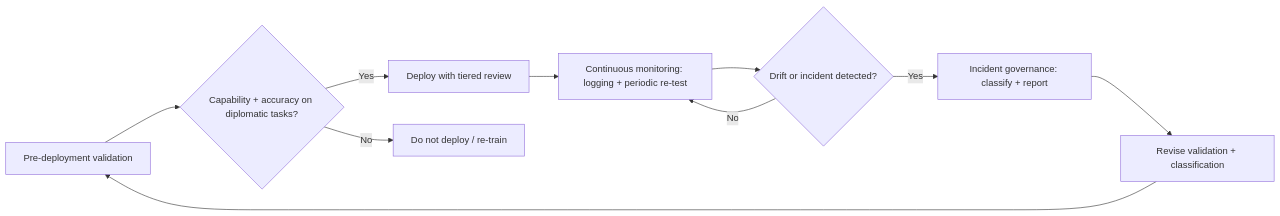
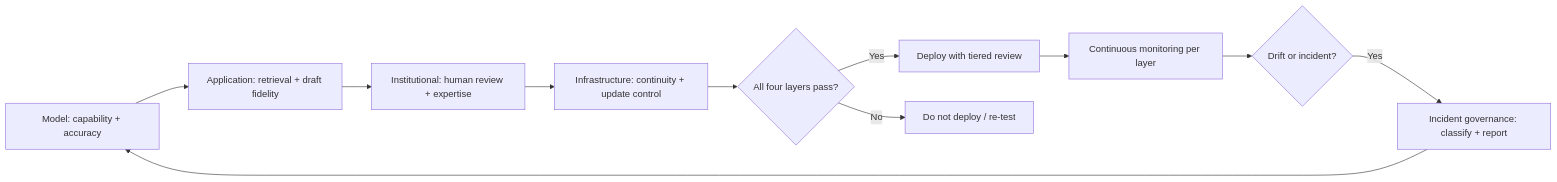
Before and after one commit to Sinar/BankBench: the third of 7 diagrams in public/outreach/idfr-diplomacy/chapter5-draft-v1.md, drawn with Mermaid. The commit also changed other lines of this file and 3 other files, not shown here.

````diff
--- a/public/outreach/idfr-diplomacy/chapter5-draft-v1.md
+++ b/public/outreach/idfr-diplomacy/chapter5-draft-v1.md
@@ -105,12 +107,13 @@
 ```mermaid
 flowchart LR
-    A[Pre-deployment validation] --> B{Capability + accuracy on diplomatic tasks?}
-    B -->|Yes| C[Deploy with tiered review]
-    B -->|No| D[Do not deploy / re-train]
-    C --> E[Continuous monitoring: logging + periodic re-test]
-    E --> F{Drift or incident detected?}
-    F -->|No| E
-    F -->|Yes| G[Incident governance: classify + report]
-    G --> H[Revise validation + classification]
-    H --> A
+    A[Model: capability + accuracy] --> B[Application: retrieval + draft fidelity]
+    B --> C[Institutional: human review + expertise]
+    C --> D[Infrastructure: continuity + update control]
+    D --> E{All four layers pass?}
+    E -->|Yes| F[Deploy with tiered review]
+    E -->|No| G[Do not deploy / re-test]
+    F --> H[Continuous monitoring per layer]
+    H --> I{Drift or incident?}
+    I -->|Yes| J[Incident governance: classify + report]
+    J --> A
 ```
````
